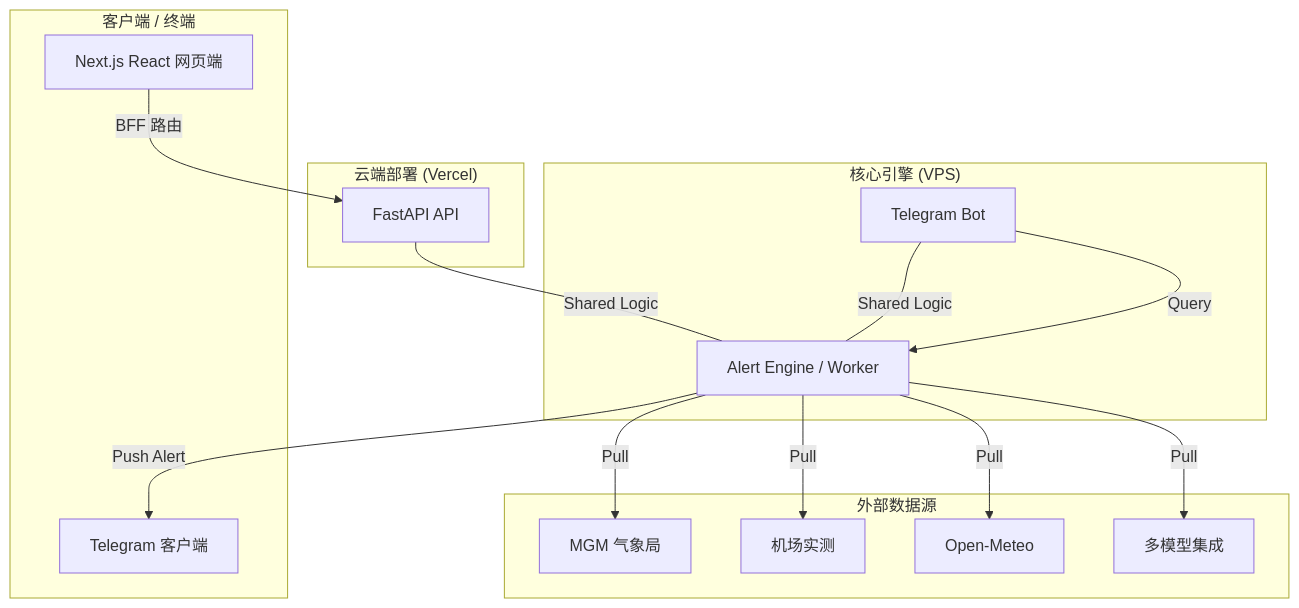
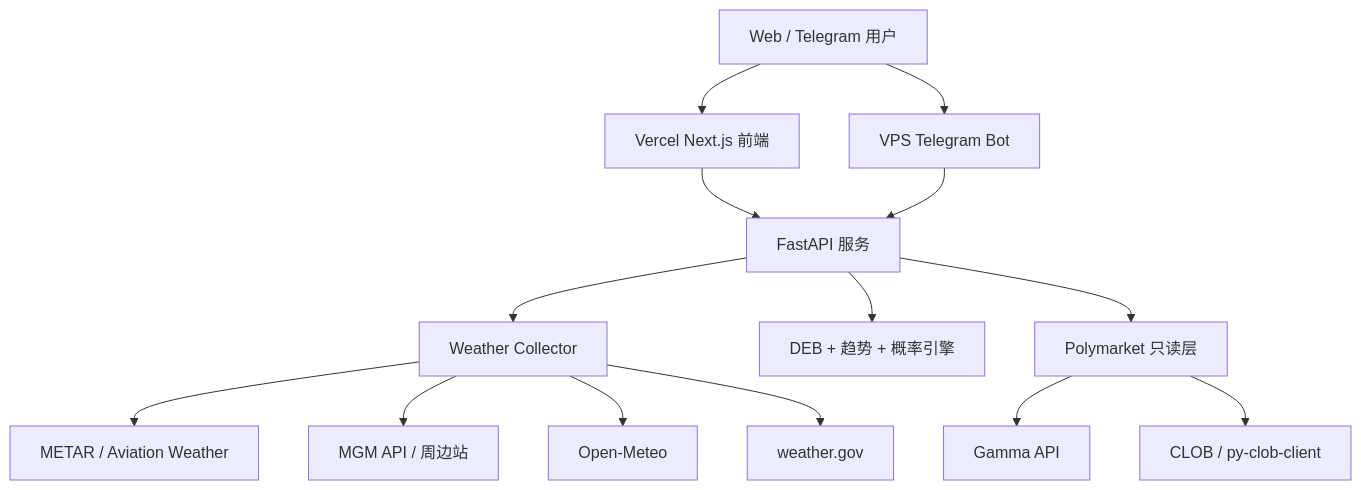
The second of 2 diagrams in README_ZH.md (ivanmladek/PolyWeather), drawn with Mermaid before and after one commit. The commit also changed other lines of this file and 5 other files, not shown here.

````diff
--- a/README_ZH.md
+++ b/README_ZH.md
@@ -95,26 +47,18 @@
 ```mermaid
 graph TD
-    subgraph "客户端 / 终端"
-        Web[Next.js React 网页端]
-        TG[Telegram 客户端]
-    end
+    User[Web / Telegram 用户] --> FE[Vercel Next.js 前端]
+    User --> Bot[VPS Telegram Bot]
+    FE --> API[FastAPI 服务]
+    Bot --> API
 
-    subgraph "云端部署 (Vercel)"
-        Web --> |BFF 路由| Fast[FastAPI API]
-    end
+    API --> WX[Weather Collector]
+    WX --> METAR[METAR / Aviation Weather]
+    WX --> MGM[MGM API / 周边站]
+    WX --> OM[Open-Meteo]
+    WX --> NWS[weather.gov]
 
-    subgraph "核心引擎 (VPS)"
-        Fast --- |Shared Logic| Worker[Alert Engine / Worker]
-        Bot[Telegram Bot] --- |Shared Logic| Worker
-    end
-
-    subgraph "外部数据源"
-        Worker --> |Pull| MGM[MGM 气象局]
-        Worker --> |Pull| METAR[机场实测]
-        Worker --> |Pull| OM[Open-Meteo]
-        Worker --> |Pull| MM[多模型集成]
-    end
-
-    Worker --> |Push Alert| TG
-    Bot --> |Query| Worker
+    API --> DEB[DEB + 趋势 + 概率引擎]
+    API --> PM[Polymarket 只读层]
+    PM --> Gamma[Gamma API]
+    PM --> CLOB[CLOB / py-clob-client]
 ```
````
